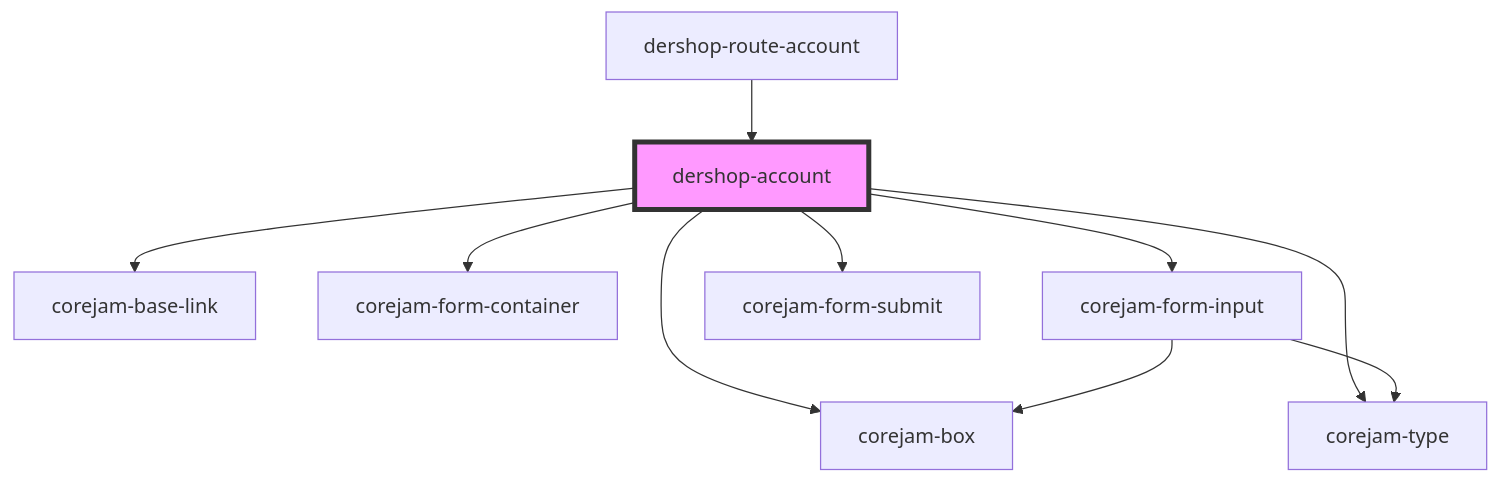
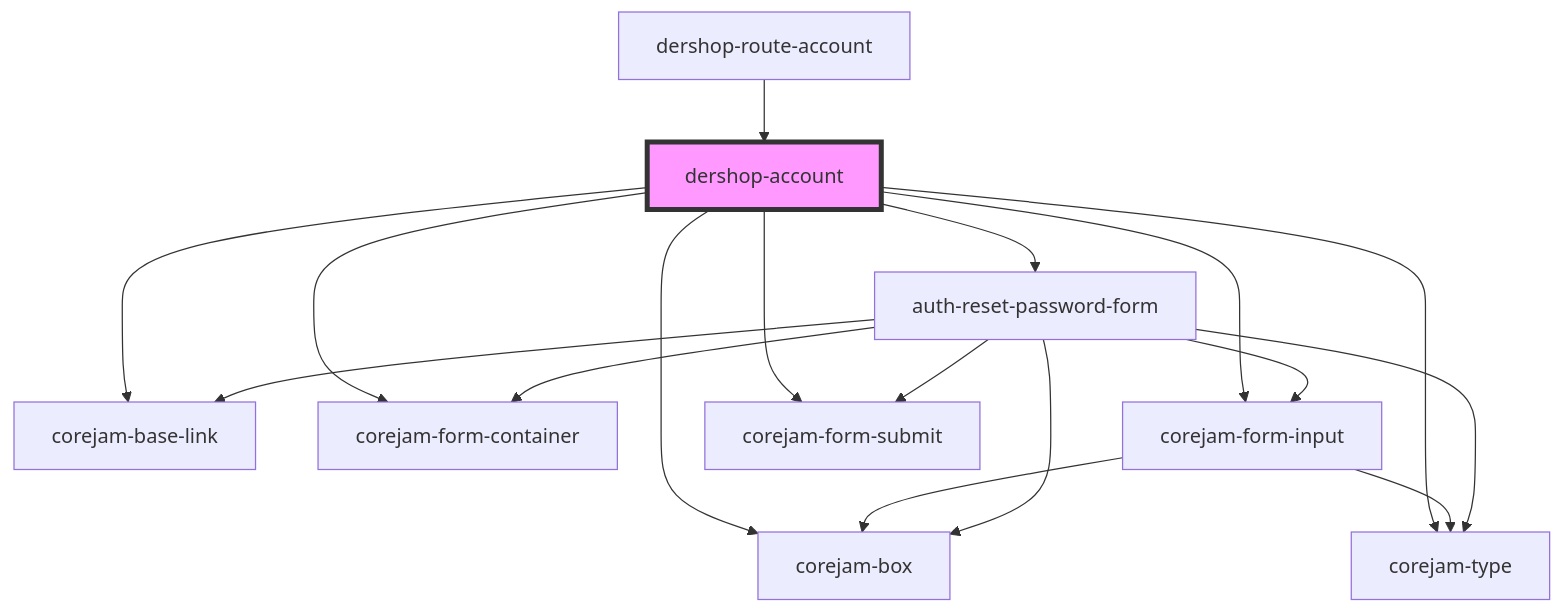
The diagram in packages/plugins/dershop/app/components/dershop-account/readme.md (corejam/corejam), drawn with Mermaid before and after one commit. The commit also changed other lines of this file and 6 other files, not shown here.

Commit message:
start on password reset form

````diff
--- a/packages/plugins/dershop/app/components/dershop-account/readme.md
+++ b/packages/plugins/dershop/app/components/dershop-account/readme.md
@@ -24,13 +25,20 @@
 ```mermaid
 graph TD;
   dershop-account --> corejam-box
   dershop-account --> corejam-type
   dershop-account --> corejam-base-link
   dershop-account --> corejam-form-container
   dershop-account --> corejam-form-input
   dershop-account --> corejam-form-submit
+  dershop-account --> auth-reset-password-form
   corejam-form-input --> corejam-box
   corejam-form-input --> corejam-type
+  auth-reset-password-form --> corejam-box
+  auth-reset-password-form --> corejam-type
+  auth-reset-password-form --> corejam-form-container
+  auth-reset-password-form --> corejam-form-input
+  auth-reset-password-form --> corejam-base-link
+  auth-reset-password-form --> corejam-form-submit
   dershop-route-account --> dershop-account
   style dershop-account fill:#f9f,stroke:#333,stroke-width:4px
 ```
````
